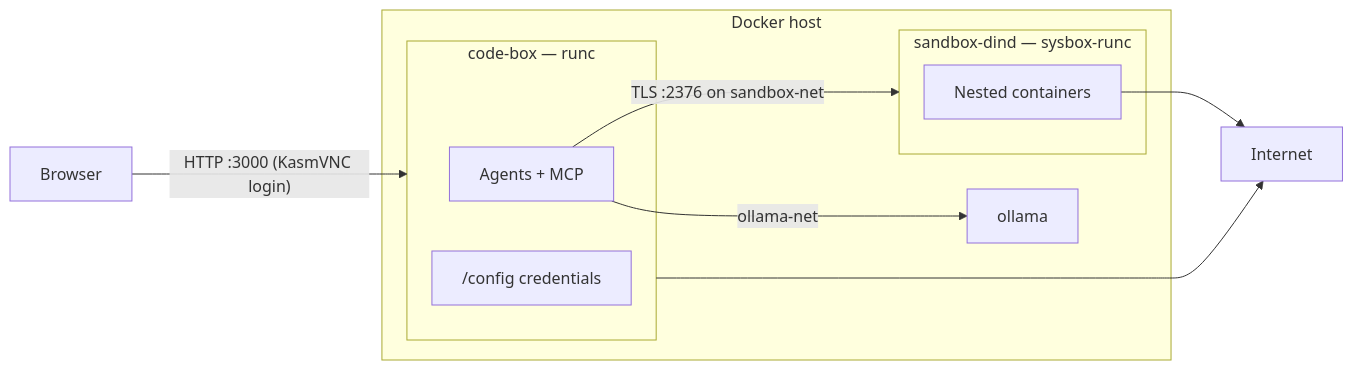
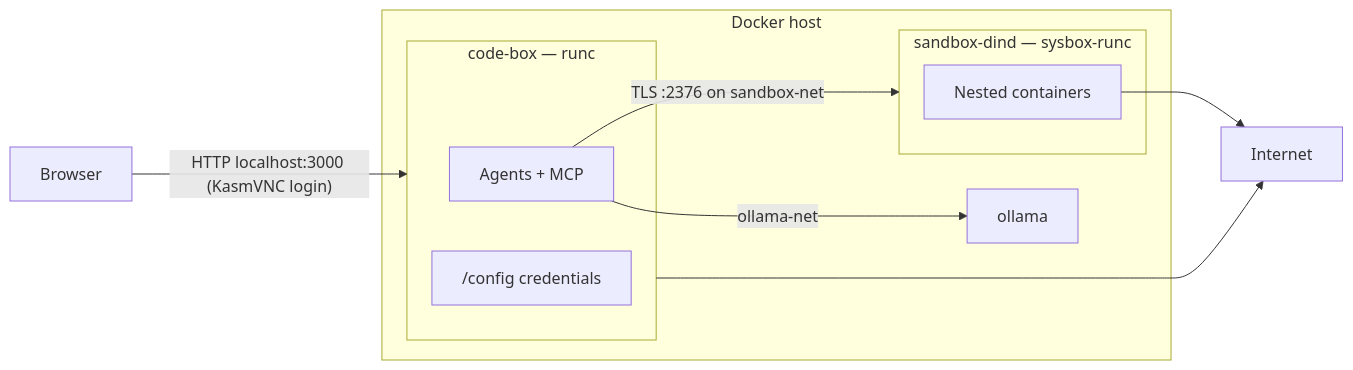
The diagram in docs/threat-model.md (zjgordon/code-box), drawn with Mermaid before and after one commit. The commit also changed other lines of this file and 6 other files, not shown here.

Commit message:
Bind KasmVNC to loopback by default

````diff
--- a/docs/threat-model.md
+++ b/docs/threat-model.md
@@ -34,20 +34,20 @@
 ```mermaid
 flowchart LR
   browser[Browser]
   subgraph host [Docker host]
     subgraph codebox [code-box — runc]
       agents[Agents + MCP]
       creds["/config credentials"]
     end
     subgraph dind [sandbox-dind — sysbox-runc]
       nested[Nested containers]
     end
     ollama[ollama]
   end
   internet[Internet]
-  browser -->|"HTTP :3000 (KasmVNC login)"| codebox
+  browser -->|"HTTP localhost:3000 (KasmVNC login)"| codebox
   agents -->|"TLS :2376 on sandbox-net"| dind
   agents -->|ollama-net| ollama
   codebox --> internet
   nested --> internet
 ```
````
